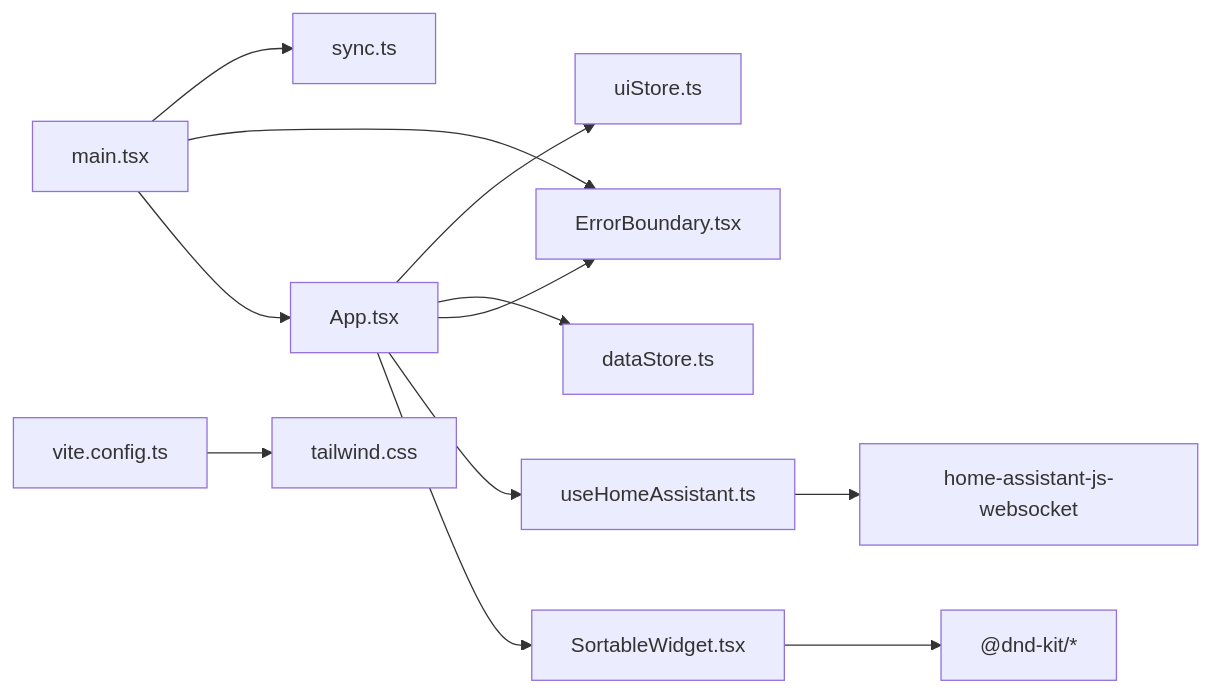
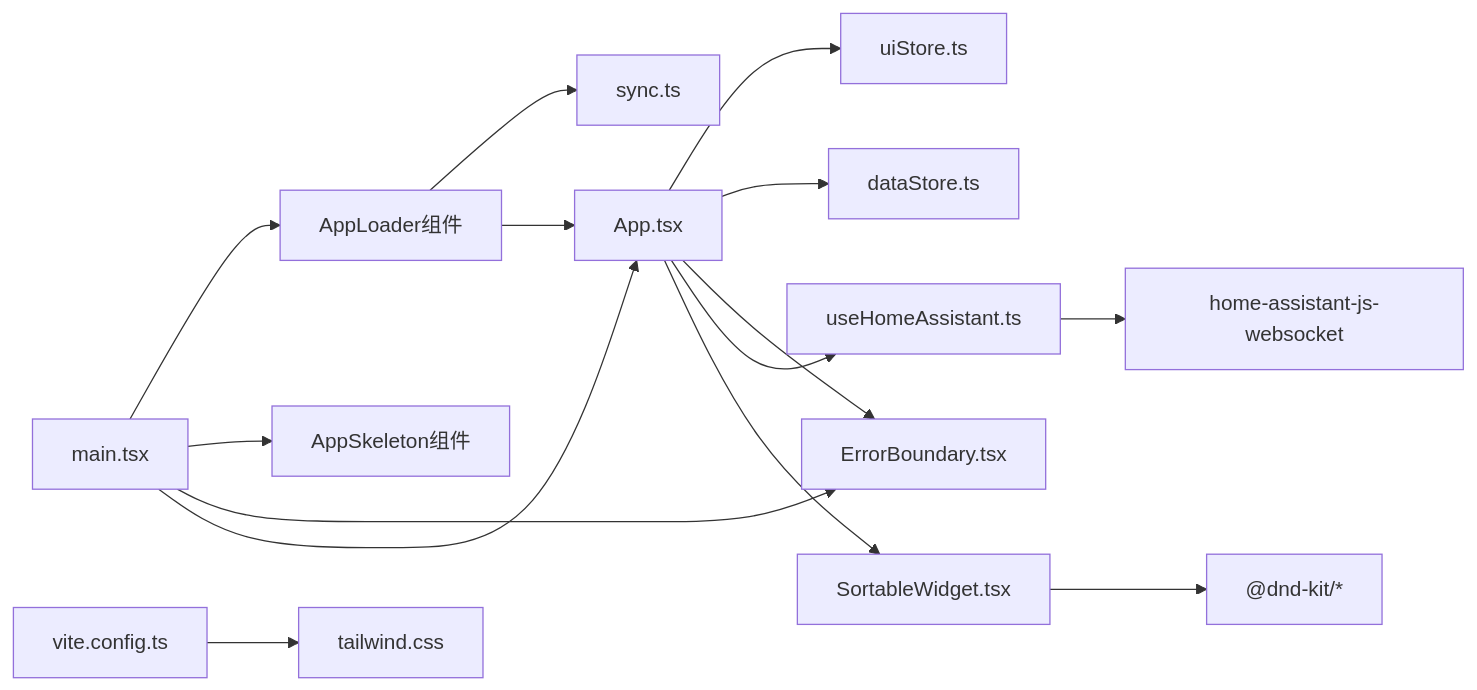
The ninth of 9 diagrams in .qoder/repowiki/zh/content/架构设计/前端架构设计.md (skyeyinkun/HAUI), drawn with Mermaid before and after one commit. The commit also changed other lines of this file and 14 other files, not shown here.

````diff
--- a/.qoder/repowiki/zh/content/架构设计/前端架构设计.md
+++ b/.qoder/repowiki/zh/content/架构设计/前端架构设计.md
@@ -358,14 +441,17 @@
 ```mermaid
 graph LR
 App["App.tsx"] --> UIStore["uiStore.ts"]
 App --> DataStore["dataStore.ts"]
 App --> EB["ErrorBoundary.tsx"]
 App --> HA["useHomeAssistant.ts"]
 App --> DnD["SortableWidget.tsx"]
-Entry["main.tsx"] --> Sync["sync.ts"]
+Entry["main.tsx"] --> Loader["AppLoader组件"]
+Entry --> Skeleton["AppSkeleton组件"]
+Loader --> Sync["sync.ts"]
+Loader --> App
 Entry --> EB
 Entry --> App
 HA --> WS["home-assistant-js-websocket"]
 DnD --> RND["@dnd-kit/*"]
 Build["vite.config.ts"] --> Tailwind["tailwind.css"]
 ```
````
